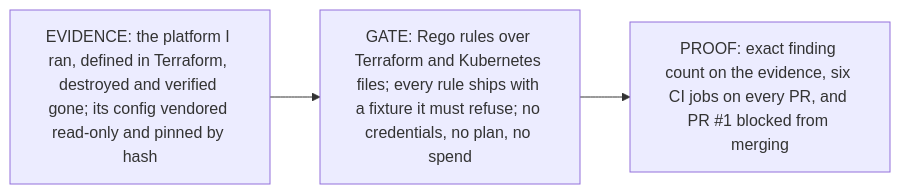
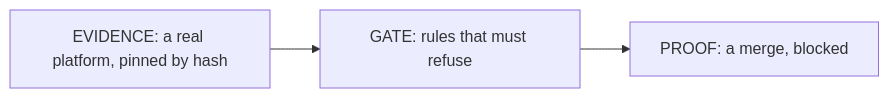
The diagram in README.md (hossainpazooki/network-as-code), drawn with Mermaid before and after one commit. The commit also changed other lines of this file, not shown here.

Commit message:
docs: README boxes carry a title each; the proof as a table

````diff
--- a/README.md
+++ b/README.md
@@ -8,7 +8,4 @@
 ```mermaid
 flowchart LR
-    A["EVIDENCE: the platform I ran, defined in Terraform, destroyed and verified gone; its config vendored read-only and pinned by hash"]
-    B["GATE: Rego rules over Terraform and Kubernetes files; every rule ships with a fixture it must refuse; no credentials, no plan, no spend"]
-    C["PROOF: exact finding count on the evidence, six CI jobs on every PR, and PR #1 blocked from merging"]
-    A --> B --> C
+    A["EVIDENCE: a real platform, pinned by hash"] --> B["GATE: rules that must refuse"] --> C["PROOF: a merge, blocked"]
 ```
````
